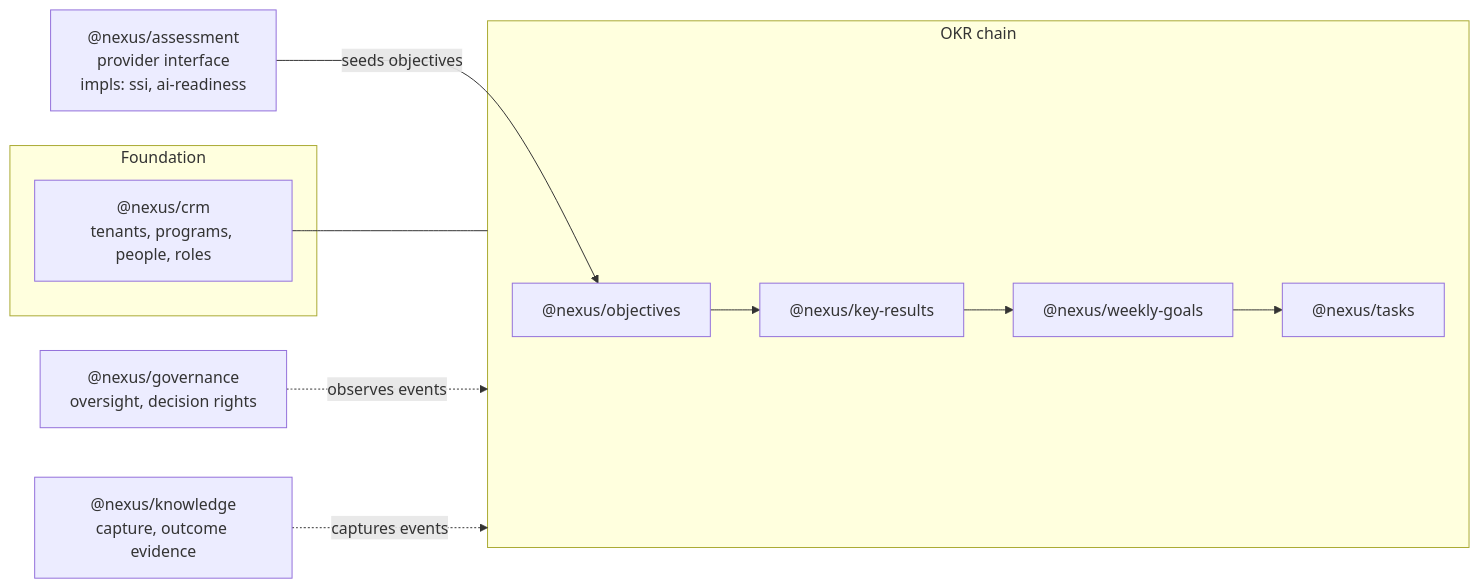
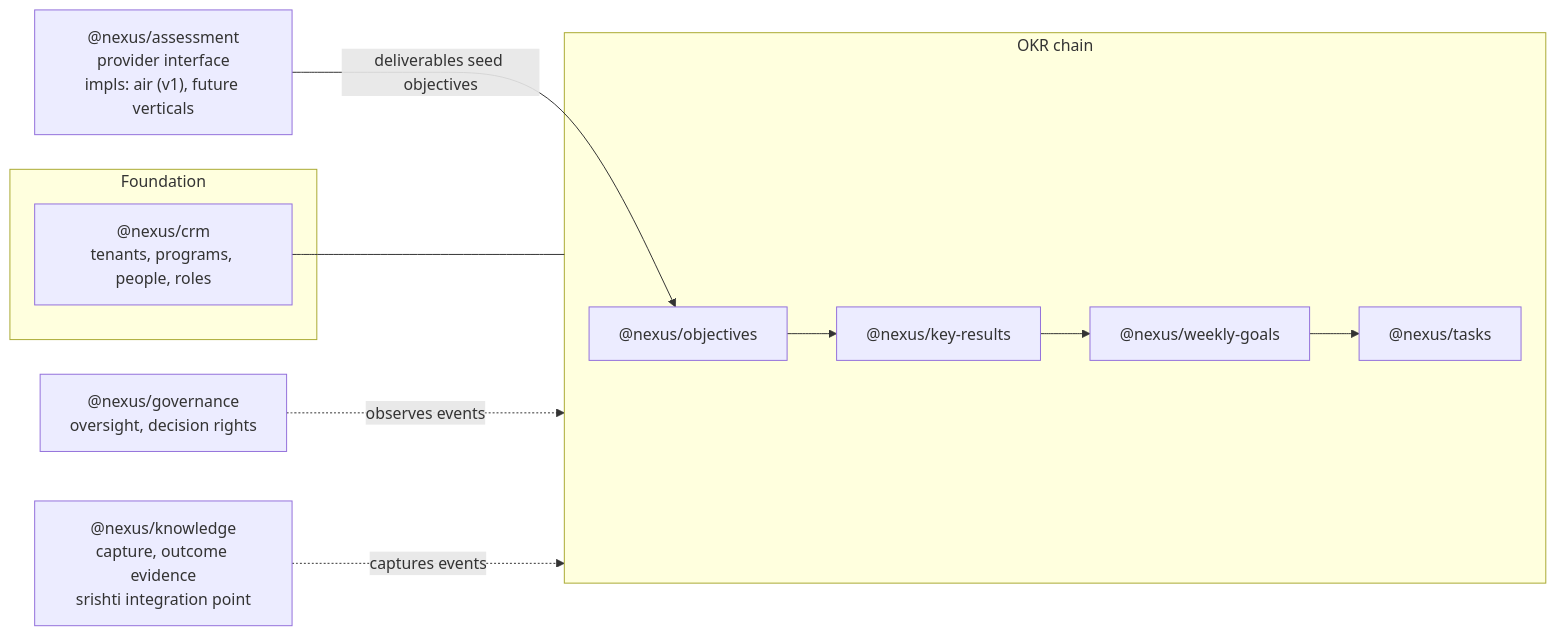
Before and after one commit to bramhilabs-us/nexus: the diagram in NEXUS_STRATEGY/2-TECHNICAL/TECH_STRATEGY.md, drawn with Mermaid. The commit also changed other lines of this file and 8 other files, not shown here.

First line of the commit message:
strategy: pivot pack to AI consulting beachhead (C-006) — AIR replaces SSI

````diff
--- a/NEXUS_STRATEGY/2-TECHNICAL/TECH_STRATEGY.md
+++ b/NEXUS_STRATEGY/2-TECHNICAL/TECH_STRATEGY.md
@@ -90,17 +93,17 @@
 ```mermaid
 graph LR
     subgraph Foundation
         CRM["@nexus/crm<br/>tenants, programs, people, roles"]
     end
     subgraph OKR["OKR chain"]
         OBJ["@nexus/objectives"] --> KR["@nexus/key-results"] --> WG["@nexus/weekly-goals"] --> TSK["@nexus/tasks"]
     end
-    ASMT["@nexus/assessment<br/>provider interface<br/>impls: ssi, ai-readiness"]
+    ASMT["@nexus/assessment<br/>provider interface<br/>impls: air (v1), future verticals"]
     GOV["@nexus/governance<br/>oversight, decision rights"]
-    KNOW["@nexus/knowledge<br/>capture, outcome evidence"]
+    KNOW["@nexus/knowledge<br/>capture, outcome evidence<br/>srishti integration point"]
 
-    ASMT -->|"seeds objectives"| OBJ
+    ASMT -->|"deliverables seed objectives"| OBJ
     CRM --- OKR
     GOV -.->|observes events| OKR
     KNOW -.->|captures events| OKR
 ```
````
